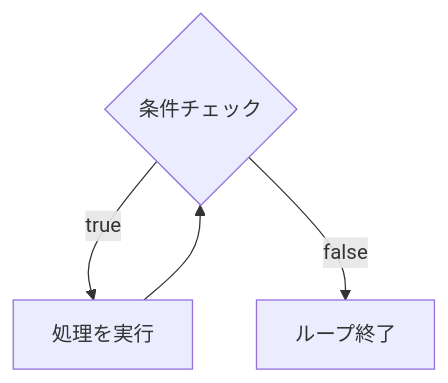
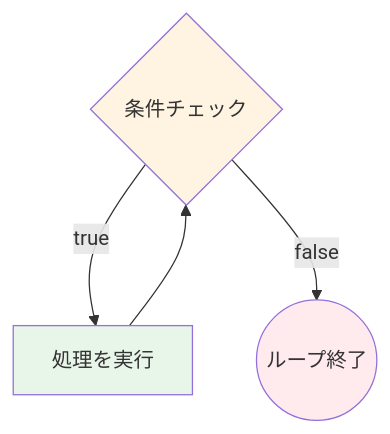
Before and after one commit to hash52/programming-bootcamp: the second of 2 diagrams in docs/docs/java/basics/05_loops.mdx, drawn with Mermaid. The commit also changed other lines of this file and 4 other files, not shown here.

First line of the commit message:
refactor: Java教材のmermaid図表を視認性向上のため最適化

````diff
--- a/docs/docs/java/basics/05_loops.mdx
+++ b/docs/docs/java/basics/05_loops.mdx
@@ -184,6 +190,10 @@
 ```mermaid
 flowchart TD
     A{条件チェック} -->|true| B[処理を実行]
     B --> A
-    A -->|false| C[ループ終了]
+    A -->|false| C((ループ終了))
+
+    style A fill:#fff4e1
+    style B fill:#e8f5e9
+    style C fill:#ffebee
 ```
````
